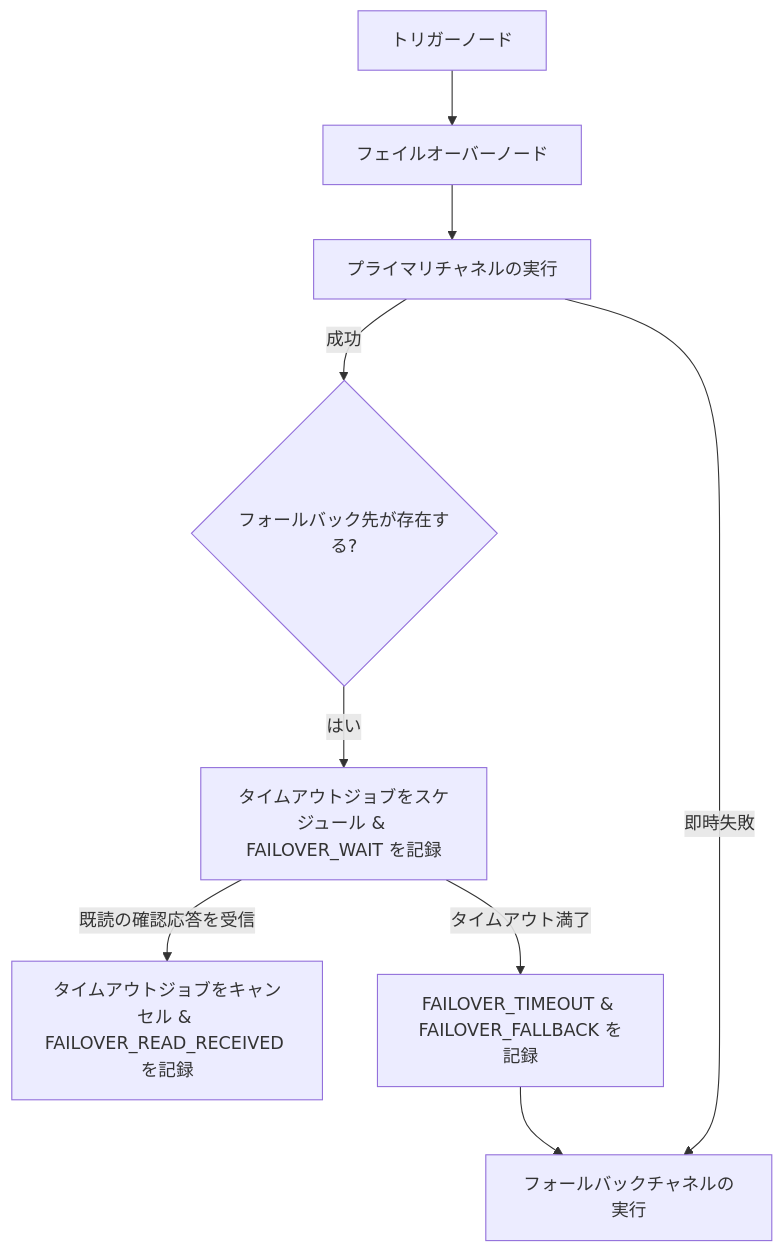
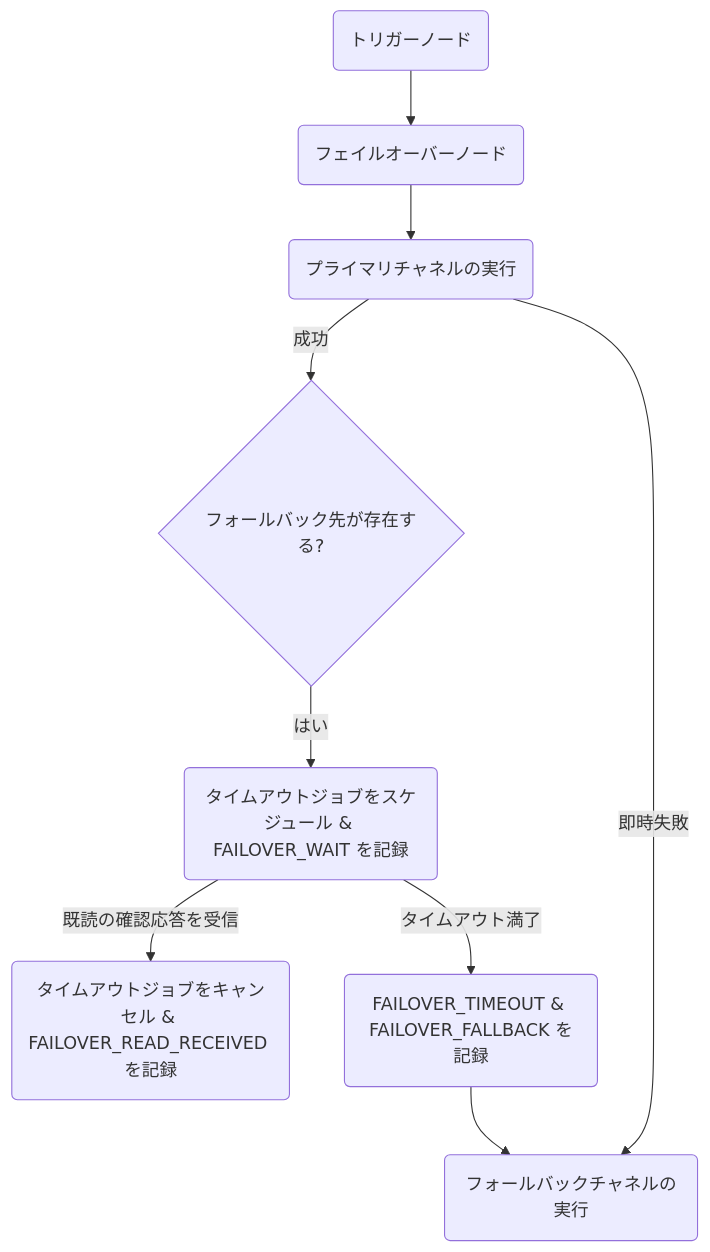
Before and after one commit to KriyanshKhunt/nexus_docs: the diagram in content/docs/ja/platform/features/failover.mdx, drawn with Mermaid. The commit also changed 20 other files, not shown here.

Commit message:
Handle ja Mermaid charts

````diff
--- a/content/docs/ja/platform/features/failover.mdx
+++ b/content/docs/ja/platform/features/failover.mdx
@@ -8,11 +8,11 @@
 ```mermaid
 flowchart TD
-  Trigger[トリガーノード] --> FailoverNode[フェイルオーバーノード]
-  FailoverNode --> Primary[プライマリチャネルの実行]
+  Trigger(トリガーノード) --> FailoverNode(フェイルオーバーノード)
+  FailoverNode --> Primary(プライマリチャネルの実行)
   Primary -->|成功| Check{フォールバック先が存在する?}
-  Primary -->|即時失敗| RunFallback[フォールバックチャネルの実行]
-  Check -->|はい| Wait[タイムアウトジョブをスケジュール & FAILOVER_WAIT を記録]
-  Wait -->|既読の確認応答を受信| Cancel[タイムアウトジョブをキャンセル & FAILOVER_READ_RECEIVED を記録]
-  Wait -->|タイムアウト満了| Timeout[FAILOVER_TIMEOUT & FAILOVER_FALLBACK を記録]
+  Primary -->|即時失敗| RunFallback(フォールバックチャネルの実行)
+  Check -->|はい| Wait(タイムアウトジョブをスケジュール & FAILOVER_WAIT を記録)
+  Wait -->|既読の確認応答を受信| Cancel(タイムアウトジョブをキャンセル & FAILOVER_READ_RECEIVED を記録)
+  Wait -->|タイムアウト満了| Timeout(FAILOVER_TIMEOUT & FAILOVER_FALLBACK を記録)
   Timeout --> RunFallback
 ```
````
